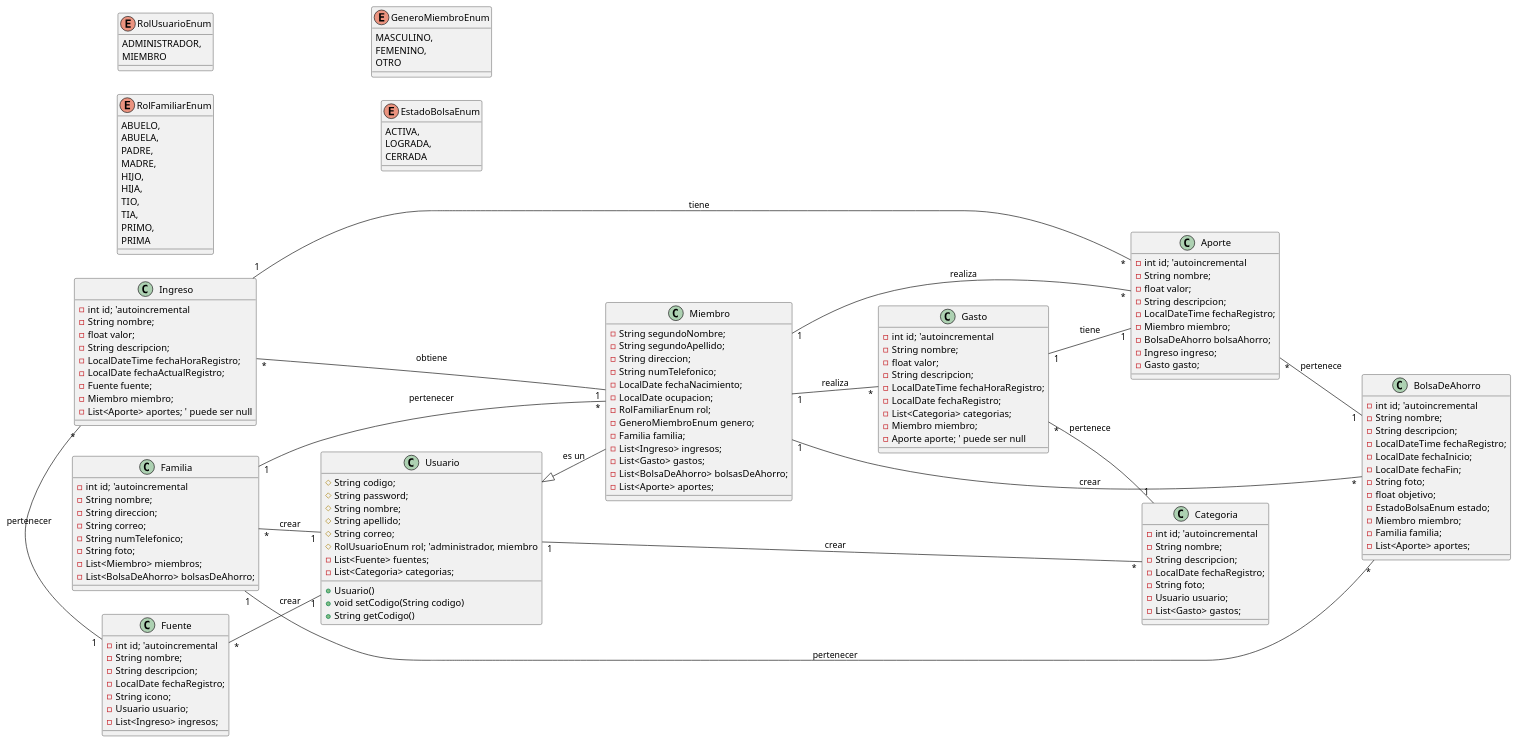
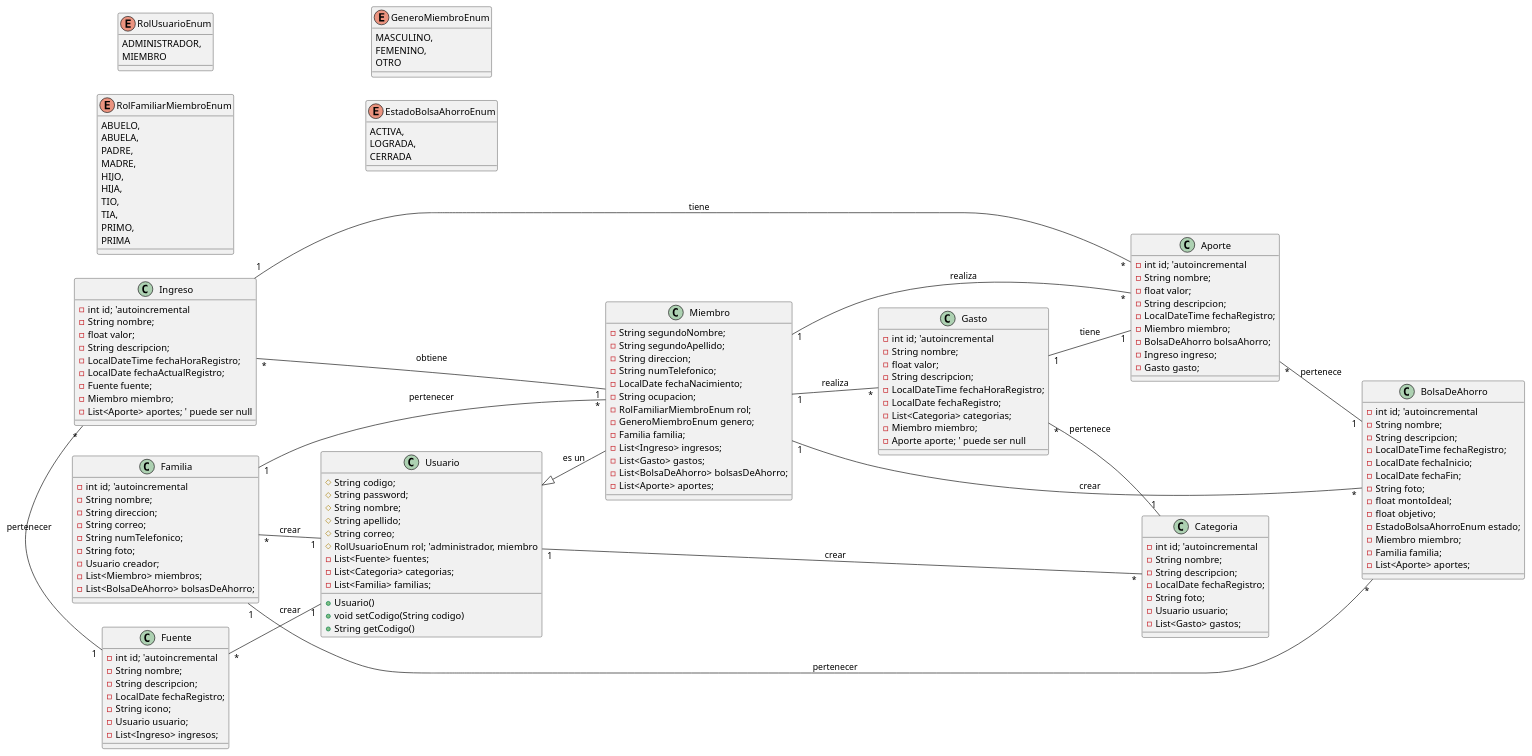
Before and after one commit to abelantonio/GastosFamiliares: the diagram in src/GastosFamiliares/Documentacion/DiagramaDeClases.puml, drawn with PlantUML. The commit also changed 14 other files, not shown here.

```diff
--- a/src/GastosFamiliares/Documentacion/DiagramaDeClases.puml
+++ b/src/GastosFamiliares/Documentacion/DiagramaDeClases.puml
@@ -1,179 +1,182 @@
 @startuml
 left to right direction
 'Clases
 ' las clases son los formularios en las interfaces que
 ' se le mostraran al usuario
 class Usuario{
    # String codigo;
    # String password;
    # String nombre;
    # String apellido;
    # String correo;
    # RolUsuarioEnum rol; 'administrador, miembro
    + Usuario()
    + void setCodigo(String codigo)
    + String getCodigo()
    ' relaciones
    - List<Fuente> fuentes;
    - List<Categoria> categorias;
+   - List<Familia> familias;
 }
 
 class Miembro{
    - String segundoNombre;
    - String segundoApellido;
    - String direccion;
    - String numTelefonico;
    - LocalDate fechaNacimiento;
-   - LocalDate ocupacion;
+   - String ocupacion;
    ' relaciones
-   - RolFamiliarEnum rol;
+   - RolFamiliarMiembroEnum rol;
    - GeneroMiembroEnum genero;
    - Familia familia;
    - List<Ingreso> ingresos;
    - List<Gasto> gastos;
    - List<BolsaDeAhorro> bolsasDeAhorro;
    - List<Aporte> aportes;
 }
 
 class Familia{
    - int id; 'autoincremental
    - String nombre;
    - String direccion;
    - String correo;
    - String numTelefonico;
    - String foto;
    ' relaciones
+   - Usuario creador;
    - List<Miembro> miembros;
    - List<BolsaDeAhorro> bolsasDeAhorro;
 }
 
 class Ingreso{
    - int id; 'autoincremental
    - String nombre;
    - float valor;
    - String descripcion;
    - LocalDateTime fechaHoraRegistro;
    - LocalDate fechaActualRegistro;
    ' relaciones
    - Fuente fuente;
    - Miembro miembro;
    - List<Aporte> aportes; ' puede ser null
 }
 
 class Gasto{
    - int id; 'autoincremental
    - String nombre;
    - float valor;
    - String descripcion;
    - LocalDateTime fechaHoraRegistro;
    - LocalDate fechaRegistro;
    ' relaciones
    - List<Categoria> categorias;
    - Miembro miembro;
    - Aporte aporte; ' puede ser null 
 }
 
 class Fuente{
    - int id; 'autoincremental
    - String nombre;
    - String descripcion;
    - LocalDate fechaRegistro;
    - String icono;
    ' relaciones
    - Usuario usuario;
    - List<Ingreso> ingresos;
 }
 
 class Categoria{
    - int id; 'autoincremental
    - String nombre;
    - String descripcion;
    - LocalDate fechaRegistro;
    - String foto;
    ' relaciones
    - Usuario usuario;
    - List<Gasto> gastos;
 }
 
 class BolsaDeAhorro{
    - int id; 'autoincremental
    - String nombre;
    - String descripcion;
    - LocalDateTime fechaRegistro;
    - LocalDate fechaInicio;
    - LocalDate fechaFin;
    - String foto;
+   - float montoIdeal;
    - float objetivo;
-   - EstadoBolsaEnum estado;
+   - EstadoBolsaAhorroEnum estado;
    ' relaciones
    - Miembro miembro;
    - Familia familia;
    - List<Aporte> aportes;
 }
 
 class Aporte{
    - int id; 'autoincremental
    - String nombre;
    - float valor;
    - String descripcion;
    - LocalDateTime fechaRegistro;
    ' relaciones
    - Miembro miembro;
    - BolsaDeAhorro bolsaAhorro;
    - Ingreso ingreso;
    - Gasto gasto;
 }
 
 'Enumeraciones
 
 enum RolUsuarioEnum{
    ADMINISTRADOR,
    MIEMBRO
 }
 
-enum RolFamiliarEnum{
+enum RolFamiliarMiembroEnum{
    ABUELO,
    ABUELA,
    PADRE,
    MADRE,
    HIJO,
    HIJA,
    '--
    TIO,
    TIA,
    PRIMO,
    PRIMA
 }
 
 enum GeneroMiembroEnum{
    MASCULINO,
    FEMENINO,
    OTRO
 }
 
-enum EstadoBolsaEnum{
+enum EstadoBolsaAhorroEnum{
    ACTIVA,
    LOGRADA,
    CERRADA
 }
 
 'Relaciones
 
 ' las relaciones son las cosas de hacemos para que podamos tomar
 ' datos de otras clases
 Usuario <|-- Miembro: es un
 Familia "1" -- "*" Miembro: pertenecer
 Familia "1" -- "*" BolsaDeAhorro: pertenecer
 Familia "*" -- "1" Usuario: crear
 Miembro "1" -- "*" Ingreso: obtiene
 Miembro "1" -- "*" Gasto: realiza
 Miembro "1" -- "*" Aporte: realiza
 Miembro "1" -- "*" BolsaDeAhorro: crear
 Ingreso "*" - "1" Fuente: pertenecer
 Ingreso "1" -- "*" Aporte: tiene
 Gasto "*" -- "1" Categoria: pertenece
 Gasto "1" -- "1" Aporte: tiene
 Aporte "*" -- "1" BolsaDeAhorro: pertenece
 Fuente "*" -- "1" Usuario: crear
 Categoria "*" -- "1" Usuario: crear
 @enduml
```
